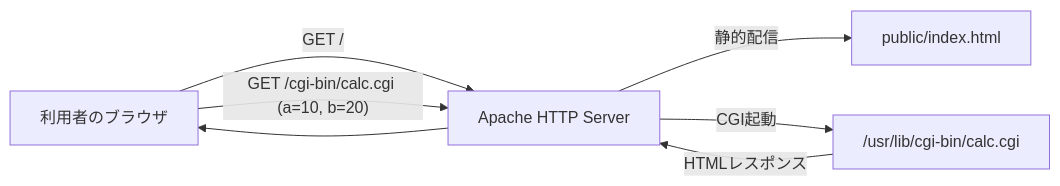
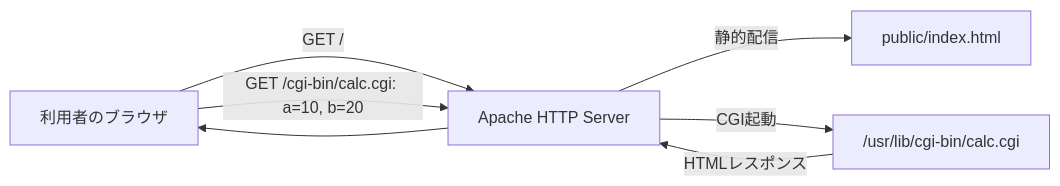
Before and after one commit to ShinyaIshizaki/azure_c_calc-app: the first of 2 diagrams in docs/external-design.md, drawn with Mermaid. The commit also changed 4 other files, not shown here.

````diff
--- a/docs/external-design.md
+++ b/docs/external-design.md
@@ -14,9 +14,9 @@
 ```mermaid
 flowchart LR
-    User["利用者のブラウザ"] -->|"GET /"| Apache["Apache HTTP Server"]
-    Apache -->|"静的配信"| Index["public/index.html"]
-    User -->|"GET /cgi-bin/calc.cgi (a=10, b=20)"| Apache
-    Apache -->|"CGI起動"| Calc["/usr/lib/cgi-bin/calc.cgi"]
-    Calc -->|"HTMLレスポンス"| Apache
+    User["利用者のブラウザ"] -->|GET /| Apache["Apache HTTP Server"]
+    Apache -->|静的配信| Index["public/index.html"]
+    User -->|GET /cgi-bin/calc.cgi: a=10, b=20| Apache
+    Apache -->|CGI起動| Calc["/usr/lib/cgi-bin/calc.cgi"]
+    Calc -->|HTMLレスポンス| Apache
     Apache --> User
 ```
````
